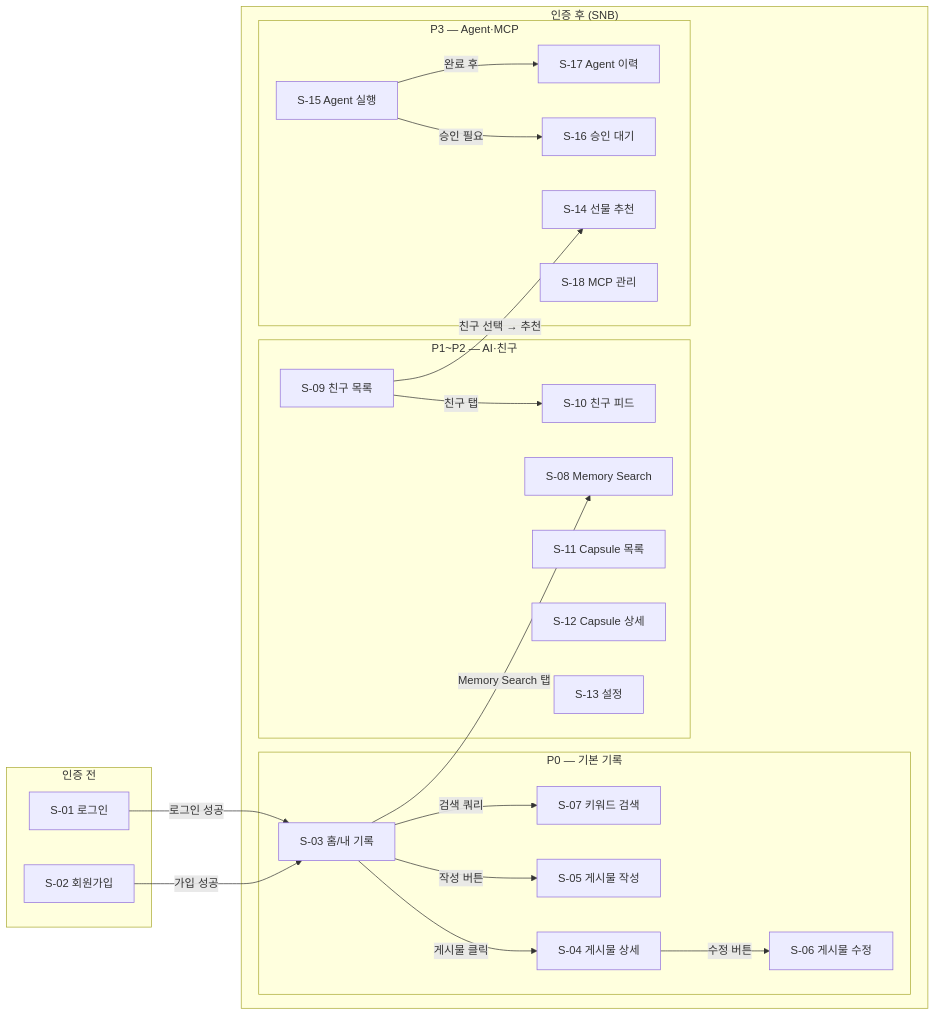
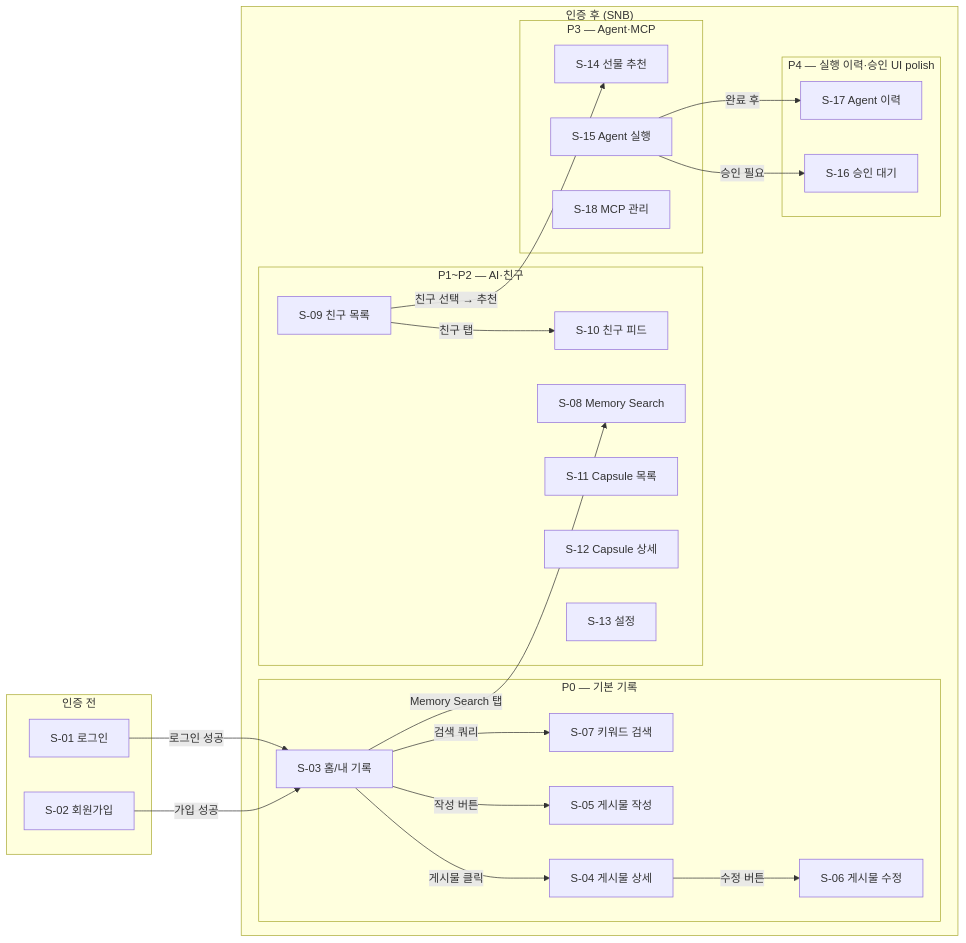
Before and after one commit to seok3m4/AI_w15-16: the first of 5 diagrams in docs/SCREEN_FLOW_MVP_TEXT_MEMORY.md, drawn with Mermaid. The commit also changed other lines of this file and 4 other files, not shown here.

````diff
--- a/docs/SCREEN_FLOW_MVP_TEXT_MEMORY.md
+++ b/docs/SCREEN_FLOW_MVP_TEXT_MEMORY.md
@@ -54,44 +54,46 @@
 ```mermaid
 flowchart LR
   subgraph 인증전["인증 전"]
     S01[S-01 로그인]
     S02[S-02 회원가입]
   end
 
   subgraph 인증후["인증 후 (SNB)"]
     subgraph P0["P0 — 기본 기록"]
       S03[S-03 홈/내 기록]
       S04[S-04 게시물 상세]
       S05[S-05 게시물 작성]
       S06[S-06 게시물 수정]
       S07[S-07 키워드 검색]
     end
     subgraph P1P2["P1~P2 — AI·친구"]
       S08[S-08 Memory Search]
       S09[S-09 친구 목록]
       S10[S-10 친구 피드]
       S11[S-11 Capsule 목록]
       S12[S-12 Capsule 상세]
       S13[S-13 설정]
     end
     subgraph P3["P3 — Agent·MCP"]
       S14[S-14 선물 추천]
       S15[S-15 Agent 실행]
+      S18[S-18 MCP 관리]
+    end
+    subgraph P4["P4 — 실행 이력·승인 UI polish"]
       S16[S-16 승인 대기]
       S17[S-17 Agent 이력]
-      S18[S-18 MCP 관리]
     end
   end
 
   S01 -->|로그인 성공| S03
   S02 -->|가입 성공| S03
   S03 -->|게시물 클릭| S04
   S03 -->|작성 버튼| S05
   S03 -->|검색 쿼리| S07
   S03 -->|Memory Search 탭| S08
   S04 -->|수정 버튼| S06
   S09 -->|친구 탭| S10
   S09 -->|친구 선택 → 추천| S14
   S15 -->|승인 필요| S16
   S15 -->|완료 후| S17
 ```
````
